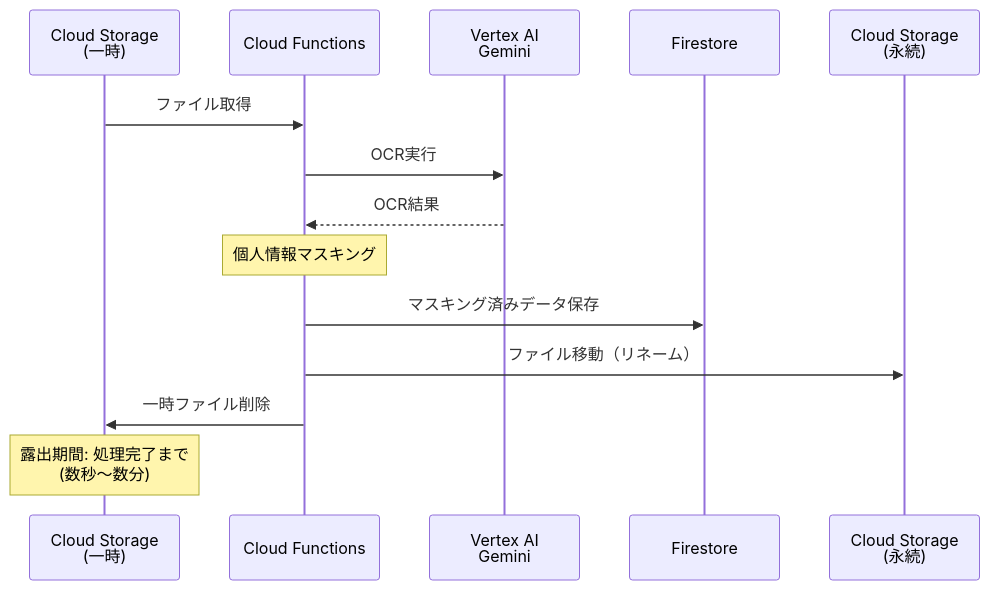
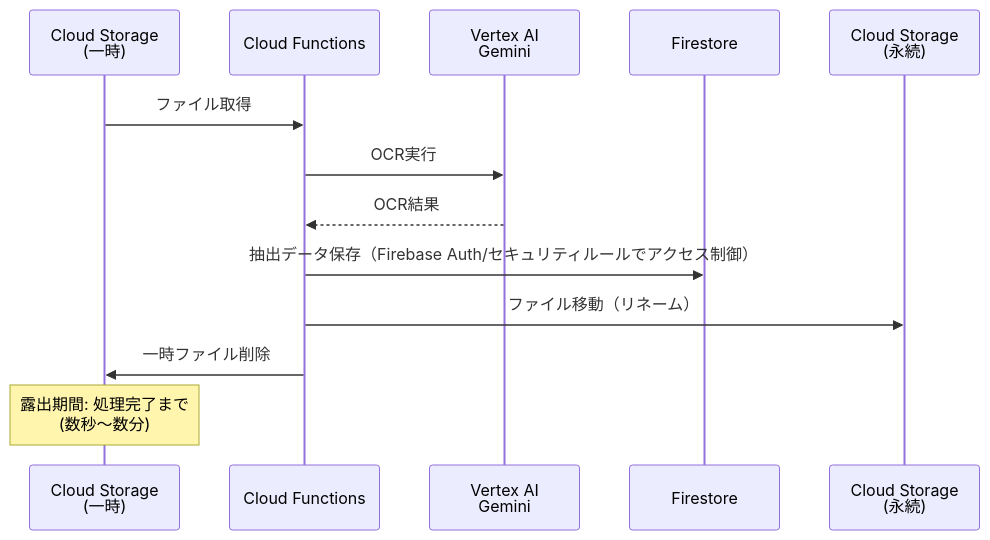
The second of 2 diagrams in docs/adr/0002-security-design.md (yasushi-honda/doc-split), drawn with Mermaid before and after one commit. The commit also changed other lines of this file, not shown here.

````diff
--- a/docs/adr/0002-security-design.md
+++ b/docs/adr/0002-security-design.md
@@ -35,17 +46,16 @@
 ```mermaid
 sequenceDiagram
     participant CS as Cloud Storage<br/>(一時)
     participant CF as Cloud Functions
     participant VA as Vertex AI<br/>Gemini
     participant FS as Firestore
     participant CSP as Cloud Storage<br/>(永続)
 
     CS->>CF: ファイル取得
     CF->>VA: OCR実行
     VA-->>CF: OCR結果
-    Note over CF: 個人情報マスキング
-    CF->>FS: マスキング済みデータ保存
+    CF->>FS: 抽出データ保存（Firebase Auth/セキュリティルールでアクセス制御）
     CF->>CSP: ファイル移動（リネーム）
     CF->>CS: 一時ファイル削除
     Note over CS: 露出期間: 処理完了まで<br/>(数秒〜数分)
 ```
````
